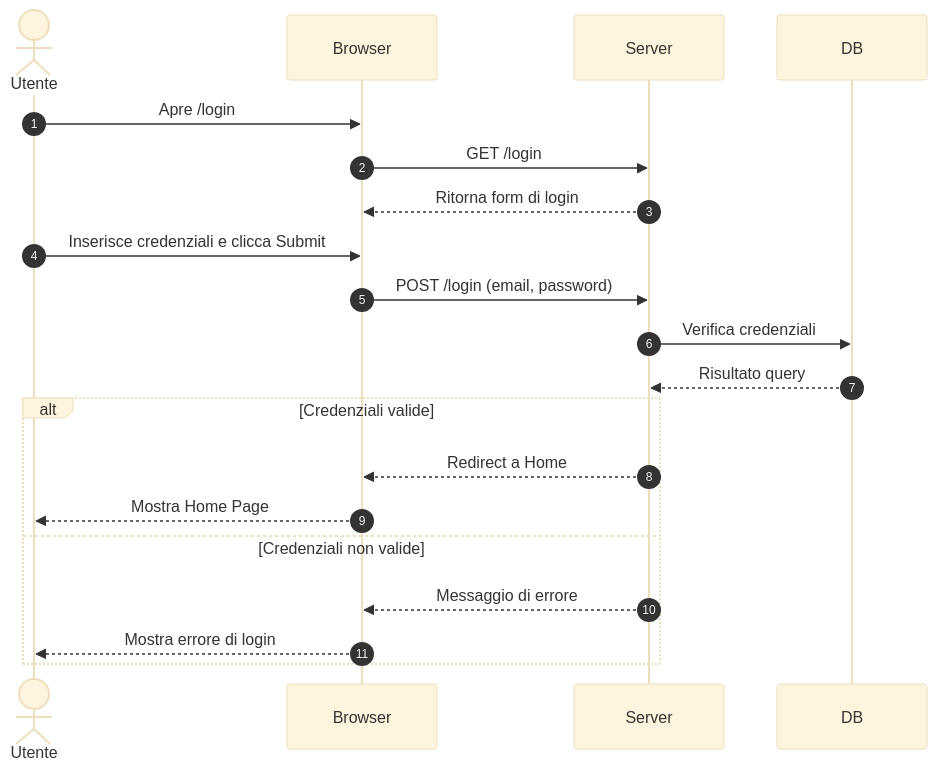
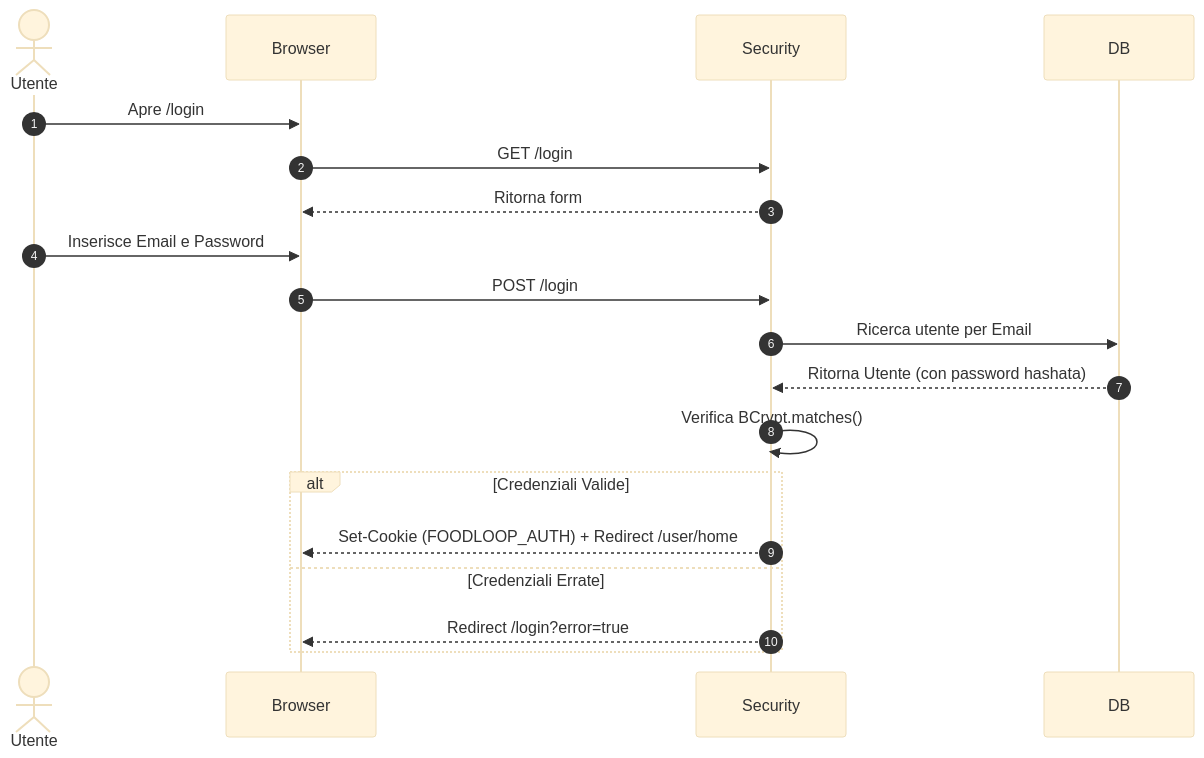
Before and after one commit to FoodLoopGeneration/FoodLoop: the diagram in docs/40-ui-flows.md, drawn with Mermaid (base theme). The commit also changed other lines of this file and 2 other files, not shown here.

Commit message:
Aggiornata Documentazione

````diff
--- a/docs/40-ui-flows.md
+++ b/docs/40-ui-flows.md
@@ -11,25 +12,23 @@
 ```mermaid
 sequenceDiagram
     autonumber
     actor Utente
     participant Browser
-    participant Server
+    participant Security
     participant DB
 
     Utente->>Browser: Apre /login
-    Browser->>Server: GET /login
-    Server-->>Browser: Ritorna form di login
+    Browser->>Security: GET /login
+    Security-->>Browser: Ritorna form
+    Utente->>Browser: Inserisce Email e Password
+    Browser->>Security: POST /login
+    Security->>DB: Ricerca utente per Email
+    DB-->>Security: Ritorna Utente (con password hashata)
+    Security->>Security: Verifica BCrypt.matches()
+    alt Credenziali Valide
+        Security-->>Browser: Set-Cookie (FOODLOOP_AUTH) + Redirect /user/home
+    else Credenziali Errate
+        Security-->>Browser: Redirect /login?error=true
+    end
 
-    Utente->>Browser: Inserisce credenziali e clicca Submit
-    Browser->>Server: POST /login (email, password)
-    Server->>DB: Verifica credenziali
-    DB-->>Server: Risultato query
-
-    alt Credenziali valide
-        Server-->>Browser: Redirect a Home
-        Browser-->>Utente: Mostra Home Page
-    else Credenziali non valide
-        Server-->>Browser: Messaggio di errore
-        Browser-->>Utente: Mostra errore di login
-    end
 ```
````
